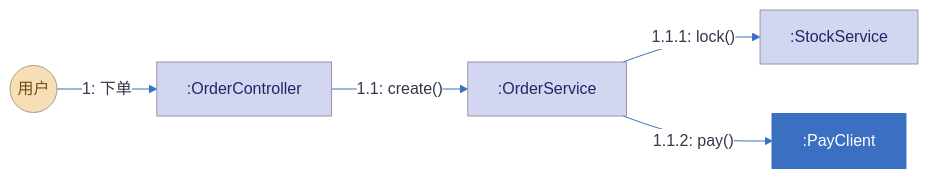
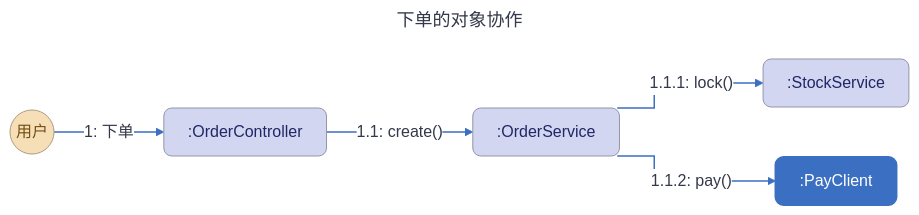
The tenth of 45 diagrams in docs/画图指南.md (huang-hee/diagram-kit), drawn with Mermaid before and after one commit. The commit also changed other lines of this file and 248 other files, not shown here.

First line of the commit message:
feat: 示例按统一风格重做，补齐 42 张 drawio 整图示例，默认工具改为 drawio

````diff
--- a/docs/画图指南.md
+++ b/docs/画图指南.md
@@ -813,33 +853,41 @@
 ```mermaid
 ---
+title: "下单的对象协作"
 config:
   theme: base
   fontFamily: "PingFang SC, Microsoft YaHei, Noto Sans CJK SC, Source Han Sans SC, sans-serif"
+  flowchart:
+    curve: "step"
+    nodeSpacing: 50
+    rankSpacing: 60
+    padding: 12
+    wrappingWidth: 300
   themeVariables:
     background: "#FFFFFF"
     primaryColor: "#FFFFFF"
     primaryBorderColor: "#3B6FC2"
     primaryTextColor: "#33384A"
     nodeTextColor: "#33384A"
     secondaryColor: "#FBDBD1"
     tertiaryColor: "#EBF1F9"
     lineColor: "#3B6FC2"
     textColor: "#33384A"
     clusterBkg: "#EBF1F9"
     clusterBorder: "#3B6FC2"
     edgeLabelBackground: "#FFFFFF"
     titleColor: "#33384A"
     noteBkgColor: "#FFF6CE"
     noteBorderColor: "#A6A086"
     noteTextColor: "#33384A"
 ---
 flowchart LR
   U((用户)):::actor -- "1: 下单" --> C[:OrderController]:::object
   C -- "1.1: create()" --> S[:OrderService]:::object
   S -- "1.1.1: lock()" --> K[:StockService]:::object
   S -- "1.1.2: pay()" --> P[:PayClient]:::msg
-classDef object fill:#D2D6F1,stroke:#9396A9,color:#1F2865
-classDef actor fill:#F6DEB6,stroke:#AC9B7F,color:#714E14
-classDef msg fill:#3B6FC2,stroke:#3B6FC2,color:#FFFFFF,stroke-width:2px
+classDef object fill:#D2D6F1,stroke:#9396A9,color:#1F2865,rx:8,ry:8
+classDef actor fill:#F6DEB6,stroke:#AC9B7F,color:#714E14,rx:8,ry:8
+classDef msg fill:#3B6FC2,stroke:#3B6FC2,color:#FFFFFF,stroke-width:2px,rx:8,ry:8
 %% 用法：节点 A:::object 或 class A,B object
+linkStyle default stroke-width:1.5px
 ```
````
